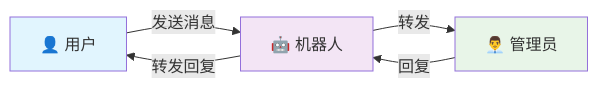
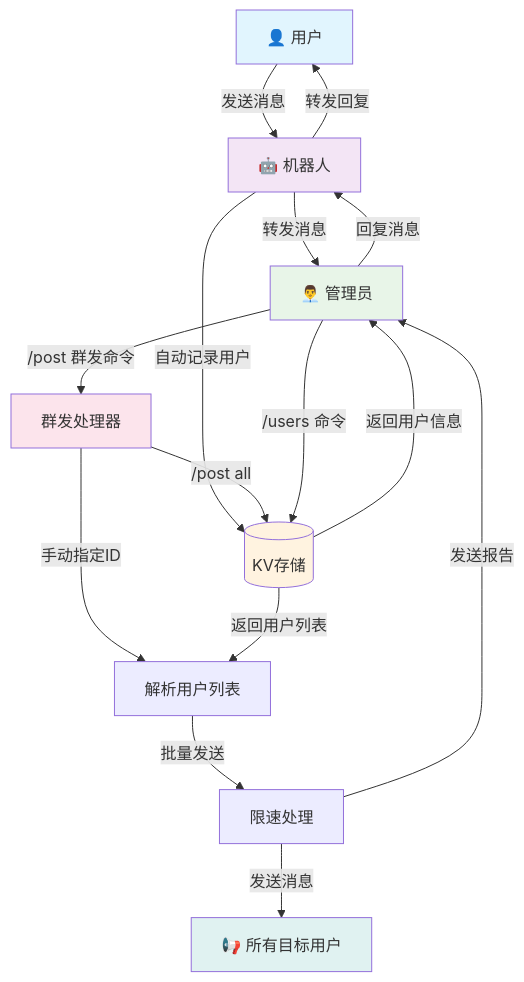
One commit to joshua-jake/cftgsx changed the diagram in README.md. Above: the diagram before and after it, drawn with Mermaid. The commit also changed other lines of this file and 1 other file, not shown here.

````diff
--- a/README.md
+++ b/README.md
@@ -23,11 +23,28 @@
 ```mermaid
-graph LR
+graph TB
     A[👤 用户] -->|发送消息| B[🤖 机器人]
-    B -->|转发| C[👨‍💼 管理员]
-    C -->|回复| B
+    B -->|转发消息| C[👨‍💼 管理员]
+    B -->|自动记录用户| D[(KV存储)]
+    
+    C -->|回复消息| B
     B -->|转发回复| A
+    
+    C -->|/post 群发命令| E[群发处理器]
+    E -->|手动指定ID| F[解析用户列表]
+    E -->|/post all| D
+    D -->|返回用户列表| F
+    
+    F -->|批量发送| G[限速处理]
+    G -->|发送消息| H[📢 所有目标用户]
+    G -->|发送报告| C
+    
+    C -->|/users 命令| D
+    D -->|返回用户信息| C
     
     style A fill:#e1f5fe
     style B fill:#f3e5f5
     style C fill:#e8f5e8
+    style D fill:#fff3e0
+    style E fill:#fce4ec
+    style H fill:#e0f2f1
 ```
````
